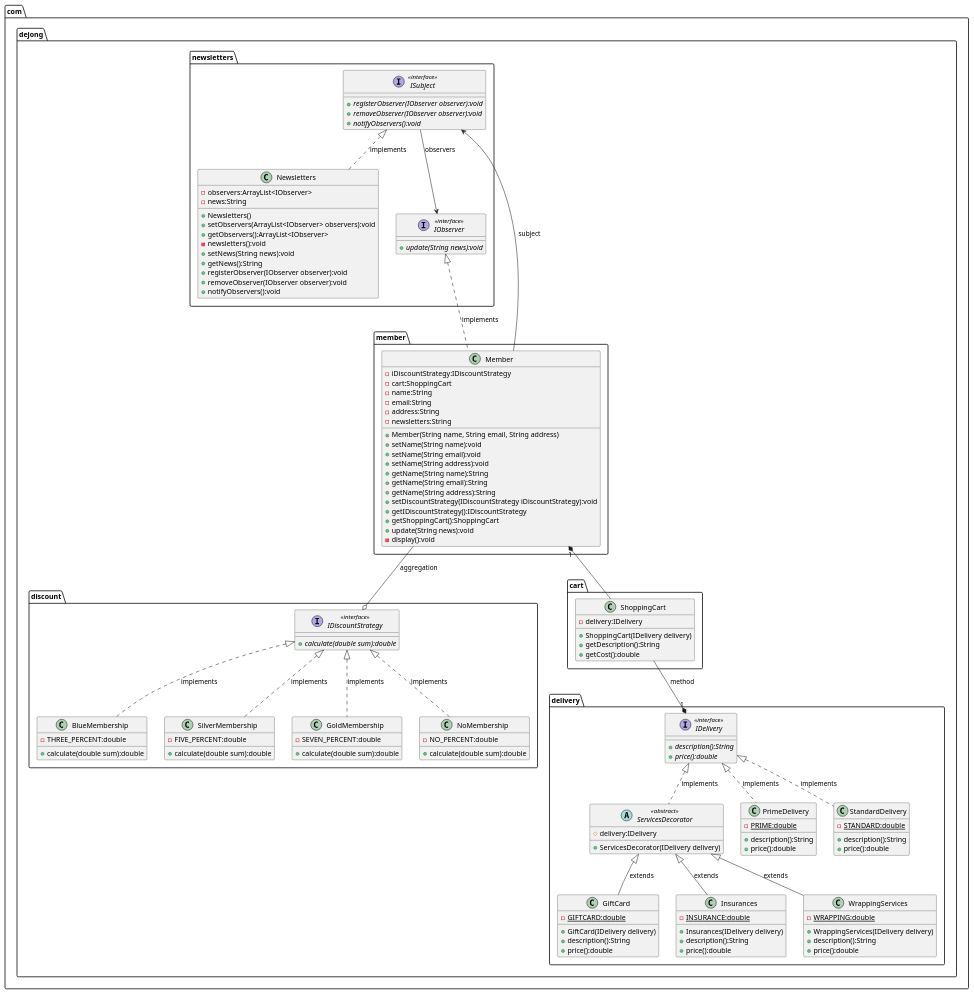
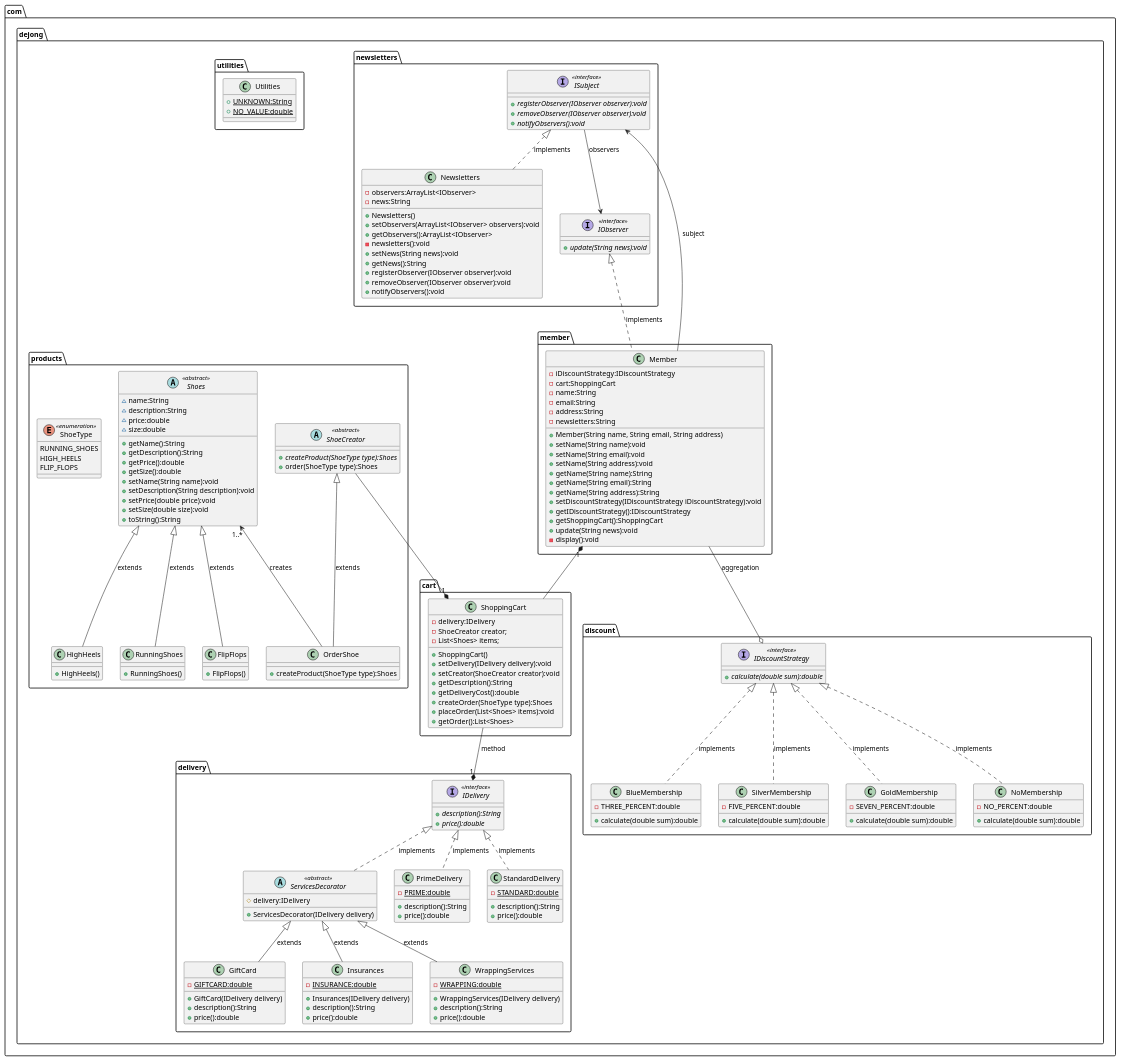
Before and after one commit to dejongyeong/design-patterns: the diagram in online-shopping/online-shopping.puml, drawn with PlantUML. The commit also changed 16 other files, not shown here.

```diff
--- a/online-shopping/online-shopping.puml
+++ b/online-shopping/online-shopping.puml
@@ -1,128 +1,181 @@
 @startuml
 
 'Concrete Class
 class com.dejong.discount.BlueMembership {
     - THREE_PERCENT:double
     + calculate(double sum):double
 }
 class com.dejong.discount.SilverMembership {
     - FIVE_PERCENT:double
     + calculate(double sum):double
 }
 class com.dejong.discount.GoldMembership {
     - SEVEN_PERCENT:double
     + calculate(double sum):double
 }
 class com.dejong.discount.NoMembership {
     - NO_PERCENT:double
     + calculate(double sum):double
 }
 class com.dejong.member.Member {
     - iDiscountStrategy:IDiscountStrategy
     - cart:ShoppingCart
     - name:String
     - email:String
     - address:String
     - newsletters:String
     + Member(String name, String email, String address)
     + setName(String name):void
     + setName(String email):void
     + setName(String address):void
     + getName(String name):String
     + getName(String email):String
     + getName(String address):String
     + setDiscountStrategy(IDiscountStrategy iDiscountStrategy):void
     + getIDiscountStrategy():IDiscountStrategy
     + getShoppingCart():ShoppingCart
     + update(String news):void
     - display():void
 }
 class com.dejong.newsletters.Newsletters {
     - observers:ArrayList<IObserver>
     - news:String
     + Newsletters()
     + setObservers(ArrayList<IObserver> observers):void
     + getObservers():ArrayList<IObserver>
     - newsletters():void
     + setNews(String news):void
     + getNews():String
     + registerObserver(IObserver observer):void
     + removeObserver(IObserver observer):void
     + notifyObservers():void
 }
 abstract class com.dejong.delivery.ServicesDecorator << abstract >> {
     # delivery:IDelivery
     + ServicesDecorator(IDelivery delivery)
 }
 class com.dejong.delivery.GiftCard {
     - {static} GIFTCARD:double
     + GiftCard(IDelivery delivery)
     + {method} description():String
     + {method} price():double
 }
 class com.dejong.delivery.Insurances{
     - {static} INSURANCE:double
     + Insurances(IDelivery delivery)
     + {method} description():String
     + {method} price():double
 }
 class com.dejong.delivery.PrimeDelivery {
     - {static} PRIME:double
     + {method} description():String
     + {method} price():double
 }
 class com.dejong.delivery.StandardDelivery {
     - {static} STANDARD:double
     + {method} description():String
     + {method} price():double
 }
 class com.dejong.delivery.WrappingServices {
     - {static} WRAPPING:double
     + WrappingServices(IDelivery delivery)
     + {method} description():String
     + {method} price():double
 }
 class com.dejong.cart.ShoppingCart {
     - delivery:IDelivery
-    + ShoppingCart(IDelivery delivery)
+    - ShoeCreator creator;
+    - List<Shoes> items;
+    + ShoppingCart()
+    + setDelivery(IDelivery delivery):void
+    + setCreator(ShoeCreator creator):void
     + getDescription():String
-    + getCost():double
+    + getDeliveryCost():double
+    + createOrder(ShoeType type):Shoes
+    + placeOrder(List<Shoes> items):void
+    + getOrder():List<Shoes>
+}
+class com.dejong.products.FlipFlops {
+    + FlipFlops()
+}
+class com.dejong.products.HighHeels {
+    + HighHeels()
+}
+class com.dejong.products.RunningShoes {
+    + RunningShoes()
+}
+abstract class com.dejong.products.Shoes << abstract >> {
+    ~ name:String
+    ~ description:String
+    ~ price:double
+    ~ size:double
+    + getName():String
+    + getDescription():String
+    + getPrice():double
+    + getSize():double
+    + setName(String name):void
+    + setDescription(String description):void
+    + setPrice(double price):void
+    + setSize(double size):void
+    + toString():String
+}
+abstract class com.dejong.products.ShoeCreator << abstract >> {
+    + {abstract} createProduct(ShoeType type):Shoes
+    + order(ShoeType type):Shoes
+}
+class com.dejong.products.OrderShoe {
+    + createProduct(ShoeType type):Shoes
+}
+enum com.dejong.products.ShoeType << enumeration >> {
+    RUNNING_SHOES
+    HIGH_HEELS
+    FLIP_FLOPS
+}
+class com.dejong.utilities.Utilities {
+    + {static} UNKNOWN:String
+    + {static} NO_VALUE:double
 }
 
 'Interface
 interface com.dejong.discount.IDiscountStrategy << interface >> {
     + {abstract} calculate(double sum):double
 }
 interface com.dejong.newsletters.ISubject << interface >> {
     + {abstract} registerObserver(IObserver observer):void
     + {abstract} removeObserver(IObserver observer):void
     + {abstract} notifyObservers():void
 }
 interface com.dejong.newsletters.IObserver << interface >> {
     + {abstract} update(String news):void
 }
 interface com.dejong.delivery.IDelivery << interface >> {
     + {abstract} description():String
     + {abstract} price():double
 }
 
 'Relationships
 com.dejong.member.Member --o com.dejong.discount.IDiscountStrategy : aggregation
 com.dejong.discount.IDiscountStrategy <|.. com.dejong.discount.BlueMembership : implements
 com.dejong.discount.IDiscountStrategy <|.. com.dejong.discount.SilverMembership : implements
 com.dejong.discount.IDiscountStrategy <|.. com.dejong.discount.GoldMembership : implements
 com.dejong.discount.IDiscountStrategy <|.. com.dejong.discount.NoMembership : implements
 com.dejong.newsletters.IObserver <|.. com.dejong.member.Member : implements
 com.dejong.newsletters.ISubject <|.. com.dejong.newsletters.Newsletters : implements
 com.dejong.newsletters.ISubject --> com.dejong.newsletters.IObserver : observers
 com.dejong.member.Member --> com.dejong.newsletters.ISubject : subject
 com.dejong.member.Member "1" *-- com.dejong.cart.ShoppingCart
+com.dejong.products.ShoeCreator --* "1" com.dejong.cart.ShoppingCart
 com.dejong.cart.ShoppingCart --* "1" com.dejong.delivery.IDelivery : " method"
 com.dejong.delivery.IDelivery <|.. com.dejong.delivery.PrimeDelivery : implements
 com.dejong.delivery.IDelivery <|.. com.dejong.delivery.StandardDelivery : implements
 com.dejong.delivery.IDelivery <|.. com.dejong.delivery.ServicesDecorator : implements
 com.dejong.delivery.ServicesDecorator <|-- com.dejong.delivery.WrappingServices : extends
 com.dejong.delivery.ServicesDecorator <|-- com.dejong.delivery.GiftCard : extends
 com.dejong.delivery.ServicesDecorator <|-- com.dejong.delivery.Insurances : extends
+com.dejong.products.Shoes <|-- com.dejong.products.FlipFlops : "extends"
+com.dejong.products.Shoes <|-- com.dejong.products.RunningShoes : "extends"
+com.dejong.products.Shoes <|-- com.dejong.products.HighHeels : "extends"
+com.dejong.products.ShoeCreator <|-- com.dejong.products.OrderShoe : "extends"
+com.dejong.products.Shoes "1..*" <-- com.dejong.products.OrderShoe : "creates"
 
 @enduml
```
